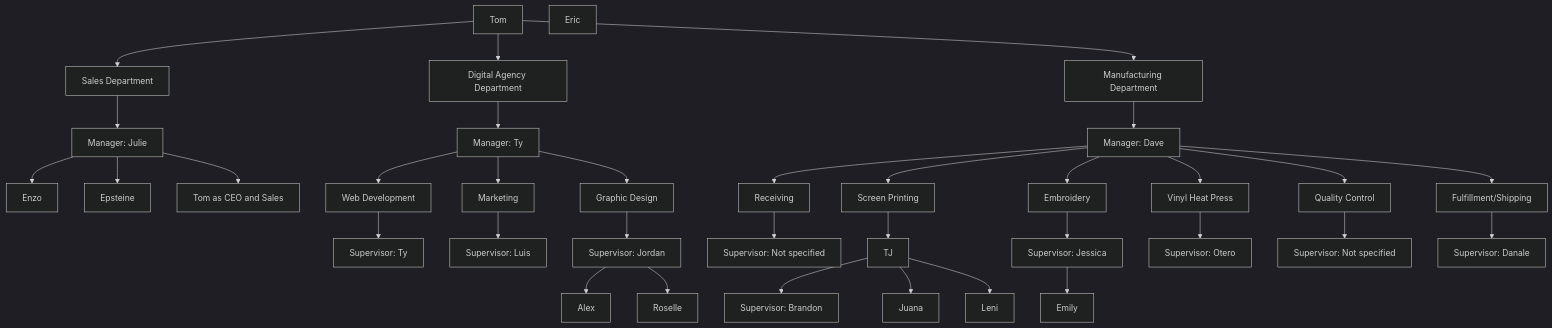
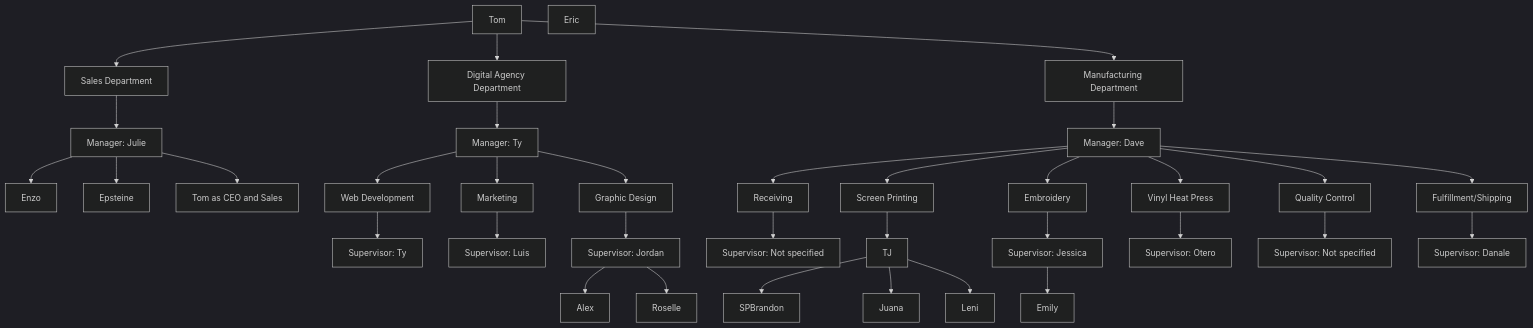
One commit to TyGrim13/4WinnerFlows changed the first of 11 diagrams in README.md. Above: the diagram before and after it, drawn with Mermaid (dark theme).

````diff
--- a/README.md
+++ b/README.md
@@ -28,73 +28,73 @@
 ```mermaid
 flowchart TD
     CEO[Tom] & Eric
     SalesDept[Sales Department]
     SalesMgr[Manager: Julie]
     Enzo[Enzo]
     Epsteine[Epsteine]
     TomAsSales[Tom as CEO and Sales]
     CEO --> SalesDept
     SalesDept --> SalesMgr
     SalesMgr --> Enzo
     SalesMgr --> Epsteine
     SalesMgr --> TomAsSales
 
     DigitalAgency[Digital Agency Department]
     DigitalMgr[Manager: Ty]
     WebDev[Web Development]
     WebSup[Supervisor: Ty]
     Marketing[Marketing]
     MarkSup[Supervisor: Luis]
     GraphicDesign[Graphic Design]
     GDSup[Supervisor: Jordan]
     Alex[Alex]
     Roselle[Roselle]
     CEO --> DigitalAgency
     DigitalAgency --> DigitalMgr
     DigitalMgr --> WebDev
     WebDev --> WebSup
     DigitalMgr --> Marketing
     Marketing --> MarkSup
     DigitalMgr --> GraphicDesign
     GraphicDesign --> GDSup
     GDSup --> Alex
     GDSup --> Roselle
 
     Manufacturing[Manufacturing Department]
     ManuMgr[Manager: Dave]
     Receiving[Receiving]
     RecSup[Supervisor: Not specified]
     ScreenPrinting[Screen Printing]
-    SPBrandon[Supervisor: Brandon]
+    SPTJ[Supervisor: TJ]
     SPTJ[TJ]
     SPJuana[Juana]
     SPLeni[Leni]
     Embroidery[Embroidery]
     EmbSup[Supervisor: Jessica]
     Emily[Emily]
     VinylHeatPress[Vinyl Heat Press]
     VHP[Supervisor: Otero]
     QualityControl[Quality Control]
     QCSup[Supervisor: Not specified]
     FulfillmentShipping[Fulfillment/Shipping]
     FulfillSup[Supervisor: Danale]
     CEO --> Manufacturing
     Manufacturing --> ManuMgr
     ManuMgr --> Receiving
     Receiving --> RecSup
     ManuMgr --> ScreenPrinting
     ScreenPrinting --> SPTJ
     SPTJ --> SPBrandon
     SPTJ --> SPJuana
     SPTJ --> SPLeni
     ManuMgr --> Embroidery
     Embroidery --> EmbSup
     EmbSup --> Emily
     ManuMgr --> VinylHeatPress
     VinylHeatPress --> VHP
     ManuMgr --> QualityControl
     QualityControl --> QCSup
     ManuMgr --> FulfillmentShipping
     FulfillmentShipping --> FulfillSup
 
 ```
````
